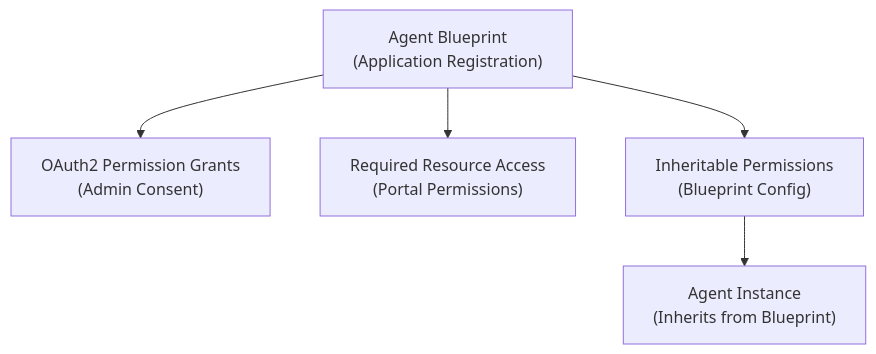
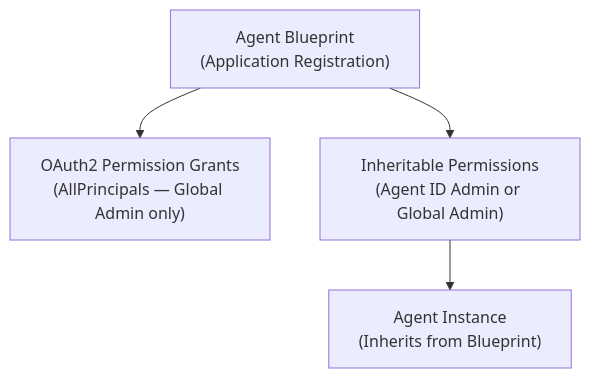
One commit to DheerajPannala/Agent365-devTools changed the third of 3 diagrams in src/Microsoft.Agents.A365.DevTools.Cli/design.md. Above: the diagram before and after it, drawn with Mermaid. The commit also changed other lines of this file and 98 other files, not shown here.

First line of the commit message:
feat: non-admin setup flow, a365 setup admin command, and cleanup 403 fixes (#320)

````diff
--- a/src/Microsoft.Agents.A365.DevTools.Cli/design.md
+++ b/src/Microsoft.Agents.A365.DevTools.Cli/design.md
@@ -351,13 +368,11 @@
 ```mermaid
 flowchart TD
     Blueprint["Agent Blueprint<br/>(Application Registration)"]
-    OAuth2["OAuth2 Permission Grants<br/>(Admin Consent)"]
-    Required["Required Resource Access<br/>(Portal Permissions)"]
-    Inheritable["Inheritable Permissions<br/>(Blueprint Config)"]
+    OAuth2["OAuth2 Permission Grants<br/>(AllPrincipals — Global Admin only)"]
+    Inheritable["Inheritable Permissions<br/>(Agent ID Admin or Global Admin)"]
     Instance["Agent Instance<br/>(Inherits from Blueprint)"]
 
     Blueprint --> OAuth2
-    Blueprint --> Required
     Blueprint --> Inheritable
     Inheritable --> Instance
 ```
````
